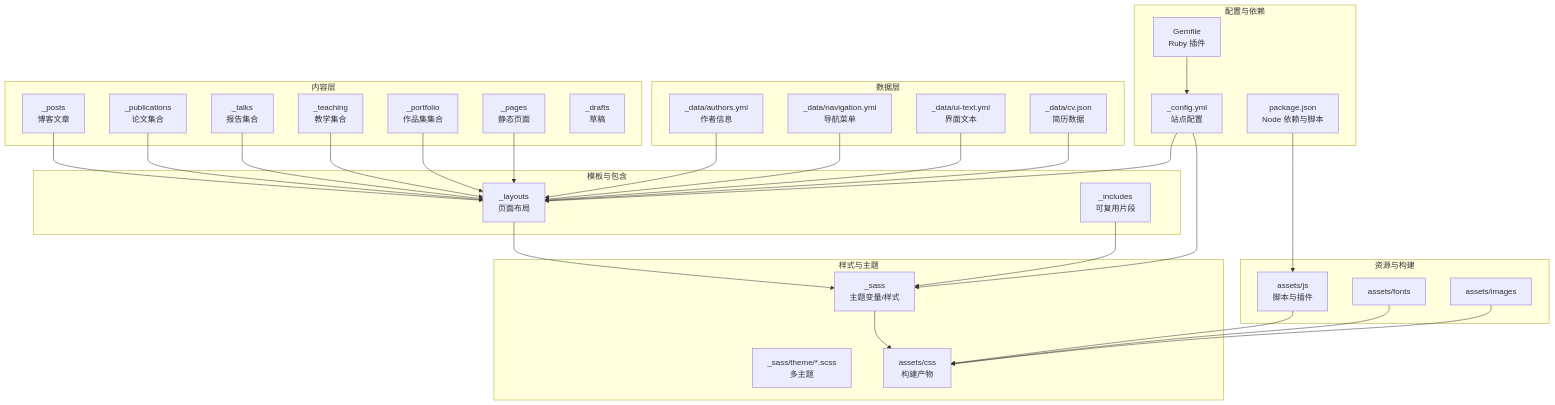
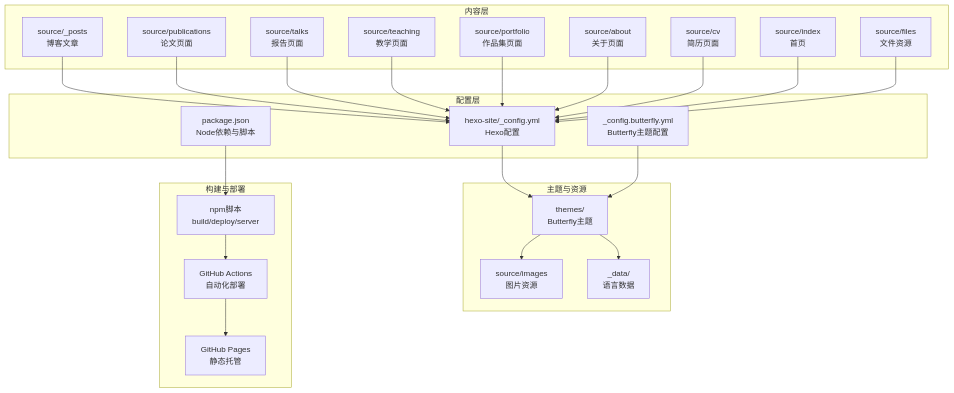
Before and after one commit to CoolPig0720/CoolPig0720.github.io: the first of 8 diagrams in .qoder/repowiki/zh/content/项目概述/项目概述.md, drawn with Mermaid. The commit also changed other lines of this file and 36 other files, not shown here.

````diff
--- a/.qoder/repowiki/zh/content/项目概述/项目概述.md
+++ b/.qoder/repowiki/zh/content/项目概述/项目概述.md
@@ -79,57 +79,45 @@
 ```mermaid
 graph TB
 subgraph "内容层"
-P["_posts<br/>博客文章"]
-Pub["_publications<br/>论文集合"]
-T["_talks<br/>报告集合"]
-Teach["_teaching<br/>教学集合"]
-Port["_portfolio<br/>作品集集合"]
-Pages["_pages<br/>静态页面"]
-Drafts["_drafts<br/>草稿"]
+P["source/_posts<br/>博客文章"]
+Pub["source/publications<br/>论文页面"]
+T["source/talks<br/>报告页面"]
+Teach["source/teaching<br/>教学页面"]
+Port["source/portfolio<br/>作品集页面"]
+About["source/about<br/>关于页面"]
+CV["source/cv<br/>简历页面"]
+Index["source/index<br/>首页"]
+Files["source/files<br/>文件资源"]
 end
-subgraph "数据层"
-D1["_data/authors.yml<br/>作者信息"]
-D2["_data/navigation.yml<br/>导航菜单"]
-D3["_data/ui-text.yml<br/>界面文本"]
-D4["_data/cv.json<br/>简历数据"]
+subgraph "配置层"
+HexoCfg["hexo-site/_config.yml<br/>Hexo配置"]
+ThemeCfg["_config.butterfly.yml<br/>Butterfly主题配置"]
+Pkg["package.json<br/>Node依赖与脚本"]
 end
-subgraph "模板与包含"
-L["_layouts<br/>页面布局"]
-Inc["_includes<br/>可复用片段"]
+subgraph "主题与资源"
+Theme["themes/<br/>Butterfly主题"]
+Images["source/images<br/>图片资源"]
+Data["_data/<br/>语言数据"]
 end
-subgraph "样式与主题"
-Sass["_sass<br/>主题变量/样式"]
-Themes["_sass/theme/*.scss<br/>多主题"]
-CSS["assets/css<br/>构建产物"]
+subgraph "构建与部署"
+Scripts["npm脚本<br/>build/deploy/server"]
+Actions["GitHub Actions<br/>自动化部署"]
+Pages["GitHub Pages<br/>静态托管"]
 end
-subgraph "资源与构建"
-JS["assets/js<br/>脚本与插件"]
-Fonts["assets/fonts"]
-Images["assets/images"]
-end
-subgraph "配置与依赖"
-Cfg["_config.yml<br/>站点配置"]
-Gem["Gemfile<br/>Ruby 插件"]
-Npm["package.json<br/>Node 依赖与脚本"]
-end
-P --> L
-Pub --> L
-T --> L
-Teach --> L
-Port --> L
-Pages --> L
-D1 --> L
-D2 --> L
-D3 --> L
-D4 --> L
-L --> Sass
-Inc --> Sass
-Sass --> CSS
-JS --> CSS
-Fonts --> CSS
-Images --> CSS
-Cfg --> L
-Cfg --> Sass
-Gem --> Cfg
-Npm --> JS
+P --> HexoCfg
+Pub --> HexoCfg
+T --> HexoCfg
+Teach --> HexoCfg
+Port --> HexoCfg
+About --> HexoCfg
+CV --> HexoCfg
+Index --> HexoCfg
+Files --> HexoCfg
+HexoCfg --> Theme
+ThemeCfg --> Theme
+Theme --> Images
+Theme --> Data
+Pkg --> Scripts
+Scripts --> Actions
+Actions --> Pages
 ```
````
